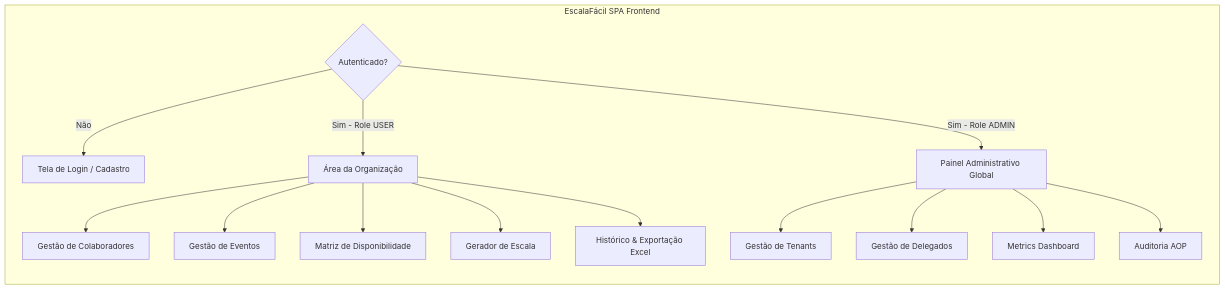
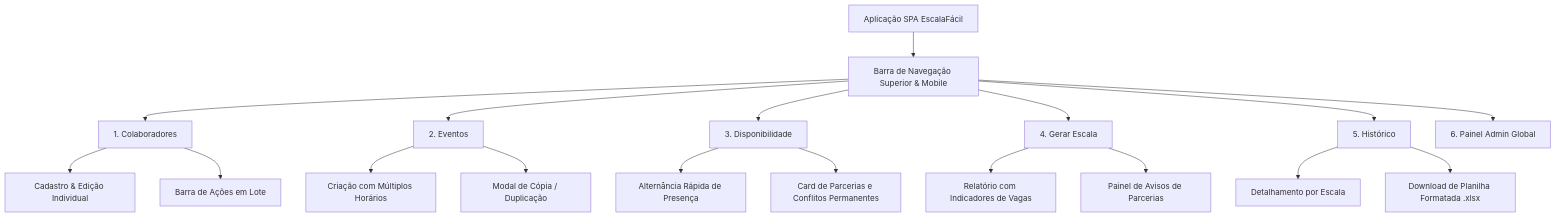
The fourth of 5 diagrams in SPECIFICATION.md (Gutember-g/GeradorEscalaAutomatico), drawn with Mermaid before and after one commit. The commit also changed other lines of this file and 7 other files, not shown here.

````diff
--- a/SPECIFICATION.md
+++ b/SPECIFICATION.md
@@ -212,20 +410,22 @@
 ```mermaid
-graph LR
-    subgraph App[EscalaFácil SPA Frontend]
-        AuthGuard{Autenticado?}
-        AuthGuard -->|Não| Login[Tela de Login / Cadastro]
-        AuthGuard -->|Sim - Role USER| UserArea[Área da Organização]
-        AuthGuard -->|Sim - Role ADMIN| AdminArea[Painel Administrativo Global]
-        
-        UserArea --> P1[Gestão de Colaboradores]
-        UserArea --> P2[Gestão de Eventos]
-        UserArea --> P3[Matriz de Disponibilidade]
-        UserArea --> P4[Gerador de Escala]
-        UserArea --> P5[Histórico & Exportação Excel]
-        
-        AdminArea --> A1[Gestão de Tenants]
-        AdminArea --> A2[Gestão de Delegados]
-        AdminArea --> A3[Metrics Dashboard]
-        AdminArea --> A4[Auditoria AOP]
-    end
+graph TD
+    App[Aplicação SPA EscalaFácil] --> Nav[Barra de Navegação Superior & Mobile]
+    
+    Nav --> PageColab[1. Colaboradores]
+    Nav --> PageEvt[2. Eventos]
+    Nav --> PageDisp[3. Disponibilidade]
+    Nav --> PageGen[4. Gerar Escala]
+    Nav --> PageHist[5. Histórico]
+    Nav --> PageAdmin[6. Painel Admin Global]
+    
+    PageColab --> ModalColab[Cadastro & Edição Individual]
+    PageColab --> BulkColab[Barra de Ações em Lote]
+    PageEvt --> MultiTime[Criação com Múltiplos Horários]
+    PageEvt --> CopyEvt[Modal de Cópia / Duplicação]
+    PageDisp --> MatrizDisp[Alternância Rápida de Presença]
+    PageDisp --> PermRelations[Card de Parcerias e Conflitos Permanentes]
+    PageGen --> GenReport[Relatório com Indicadores de Vagas]
+    PageGen --> AlertBox[Painel de Avisos de Parcerias]
+    PageHist --> AccordionView[Detalhamento por Escala]
+    PageHist --> ExcelExport[Download de Planilha Formatada .xlsx]
 ```
````
